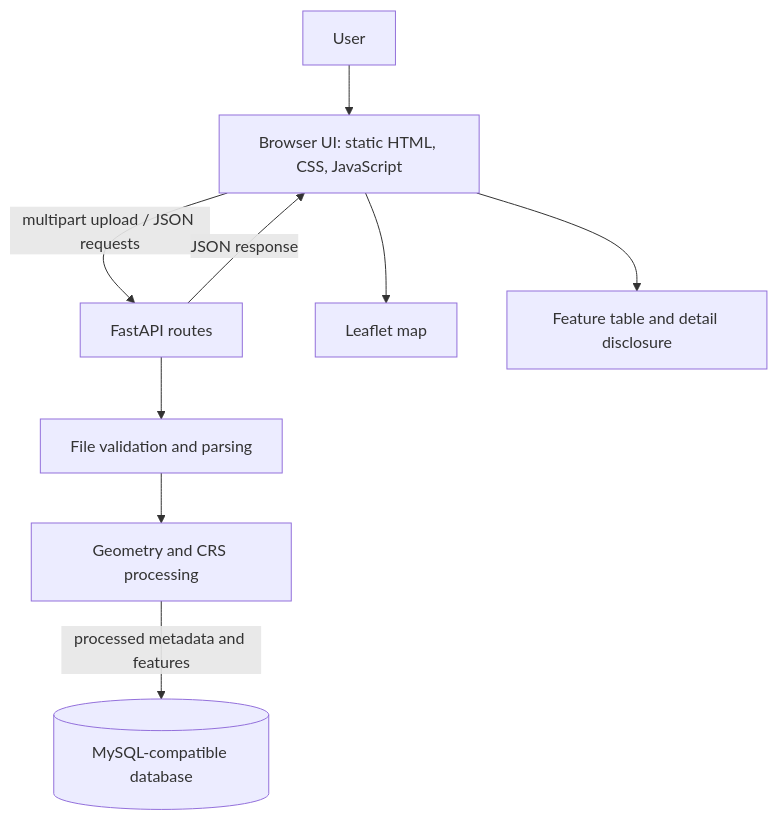
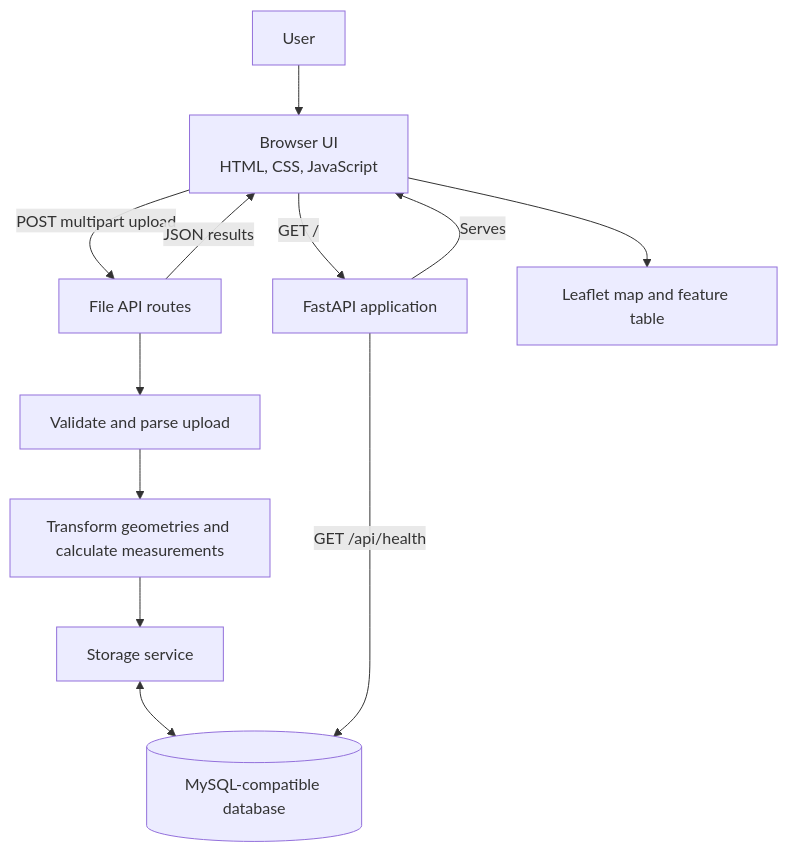
The diagram in README.md (Harshitha722/Arero_QGIS), drawn with Mermaid before and after one commit. The commit also changed other lines of this file and 1 other file, not shown here.

````diff
--- a/README.md
+++ b/README.md
@@ -32,11 +32,14 @@
 ```mermaid
 flowchart TD
-    U[User] --> UI[Browser UI: static HTML, CSS, JavaScript]
-    UI -->|multipart upload / JSON requests| API[FastAPI routes]
-    API --> FS[File validation and parsing]
-    FS --> MS[Geometry and CRS processing]
-    MS -->|processed metadata and features| DB[(MySQL-compatible database)]
-    API -->|JSON response| UI
-    UI --> MAP[Leaflet map]
-    UI --> TABLE[Feature table and detail disclosure]
+    User --> Browser
+    Browser[Browser UI<br/>HTML, CSS, JavaScript] -->|GET /| App[FastAPI application]
+    Browser -->|POST multipart upload| Routes[File API routes]
+    Routes --> Validate[Validate and parse upload]
+    Validate --> Measure[Transform geometries and calculate measurements]
+    Measure --> Store[Storage service]
+    Store <--> DB[(MySQL-compatible database)]
+    Routes -->|JSON results| Browser
+    App -->|Serves| Browser
+    Browser --> Map[Leaflet map and feature table]
+    App -->|GET /api/health| DB
 ```
````
